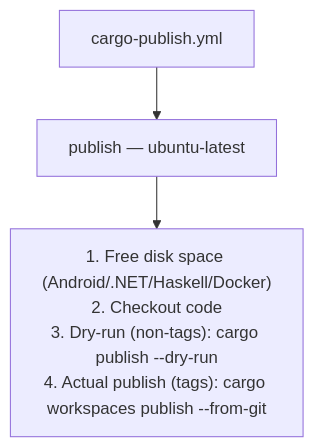
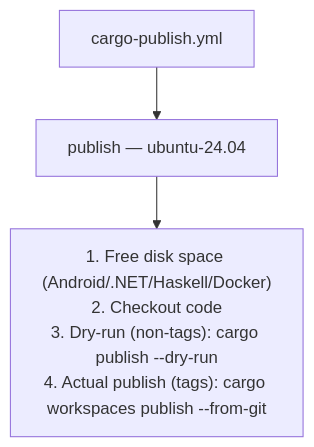
One commit to Cosmian/kms changed diagram 13 of 17 in .github/README_WORKFLOWS.md. Above: the diagram before and after it, drawn with Mermaid. The commit also changed other lines of this file and 10 other files, not shown here.

Commit message:
ci: pin ubuntu-latest to ubuntu-24.04 ahead of the Ubuntu 26 label migration (#1254)

````diff
--- a/.github/README_WORKFLOWS.md
+++ b/.github/README_WORKFLOWS.md
@@ -325,7 +325,7 @@
 ```mermaid
 flowchart TB
     cp["cargo-publish.yml"]
-    pub["publish — ubuntu-latest"]
+    pub["publish — ubuntu-24.04"]
     steps["1. Free disk space (Android/.NET/Haskell/Docker)<br/>2. Checkout code<br/>3. Dry-run (non-tags): cargo publish --dry-run<br/>4. Actual publish (tags): cargo workspaces publish --from-git"]
     cp --> pub --> steps
 ```
````
